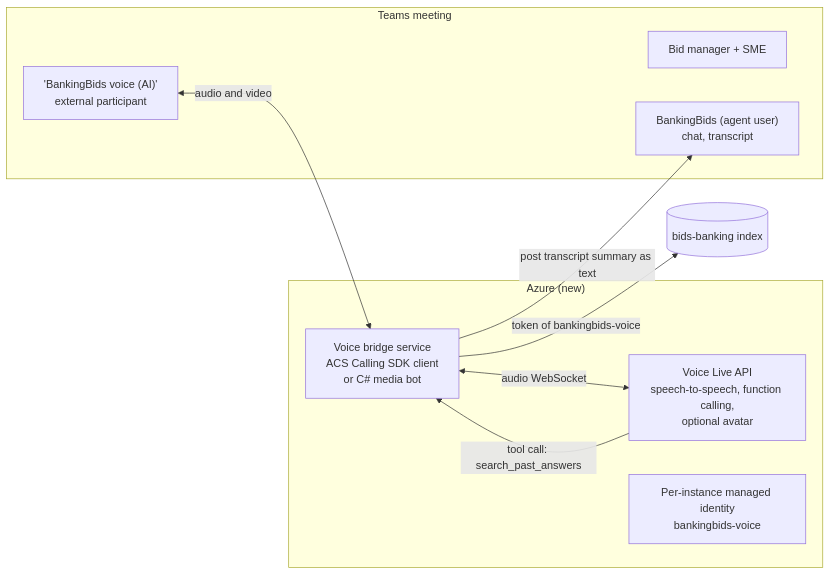
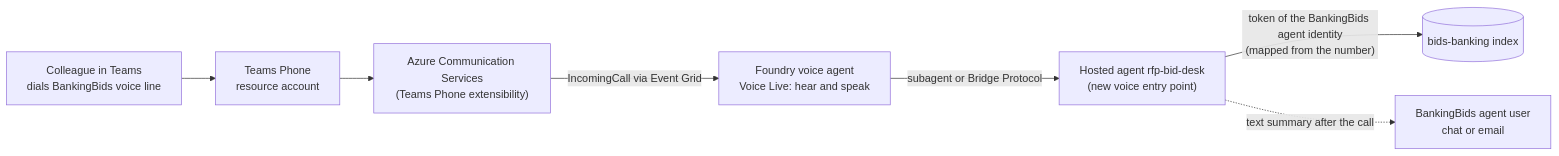
The second of 2 diagrams in docs/16-voice-and-meetings.md (san360/foundry-autopilot), drawn with Mermaid before and after one commit. The commit also changed other lines of this file and 2 other files, not shown here.

First line of the commit message:
docs(16): re-research Teams voice, meetings and avatars for autopilots (#1)

````diff
--- a/docs/16-voice-and-meetings.md
+++ b/docs/16-voice-and-meetings.md
@@ -133,19 +131,9 @@
 ```mermaid
 flowchart LR
-    subgraph Teams["Teams meeting"]
-        P["Bid manager + SME"]
-        A["BankingBids (agent user)<br/>chat, transcript"]
-        V["'BankingBids voice (AI)'<br/>external participant"]
-    end
-    subgraph Azure["Azure (new)"]
-        B["Voice bridge service<br/>ACS Calling SDK client<br/>or C# media bot"]
-        VL["Voice Live API<br/>speech-to-speech, function calling,<br/>optional avatar"]
-        MI["Per-instance managed identity<br/>bankingbids-voice"]
-    end
-    S[("bids-banking index")]
-    V <-->|"audio and video"| B
-    B <-->|"audio WebSocket"| VL
-    VL -- "tool call: search_past_answers" --> B
-    B -- "token of bankingbids-voice" --> S
-    B -- "post transcript summary as text" --> A
+    U["Colleague in Teams<br/>dials BankingBids voice line"] --> T["Teams Phone<br/>resource account"]
+    T --> ACS["Azure Communication Services<br/>(Teams Phone extensibility)"]
+    ACS -->|"IncomingCall via Event Grid"| VA["Foundry voice agent<br/>Voice Live: hear and speak"]
+    VA -->|"subagent or Bridge Protocol"| HA["Hosted agent rfp-bid-desk<br/>(new voice entry point)"]
+    HA -->|"token of the BankingBids agent identity<br/>(mapped from the number)"| S[("bids-banking index")]
+    HA -.->|"text summary after the call"| AU["BankingBids agent user<br/>chat or email"]
 ```
````
